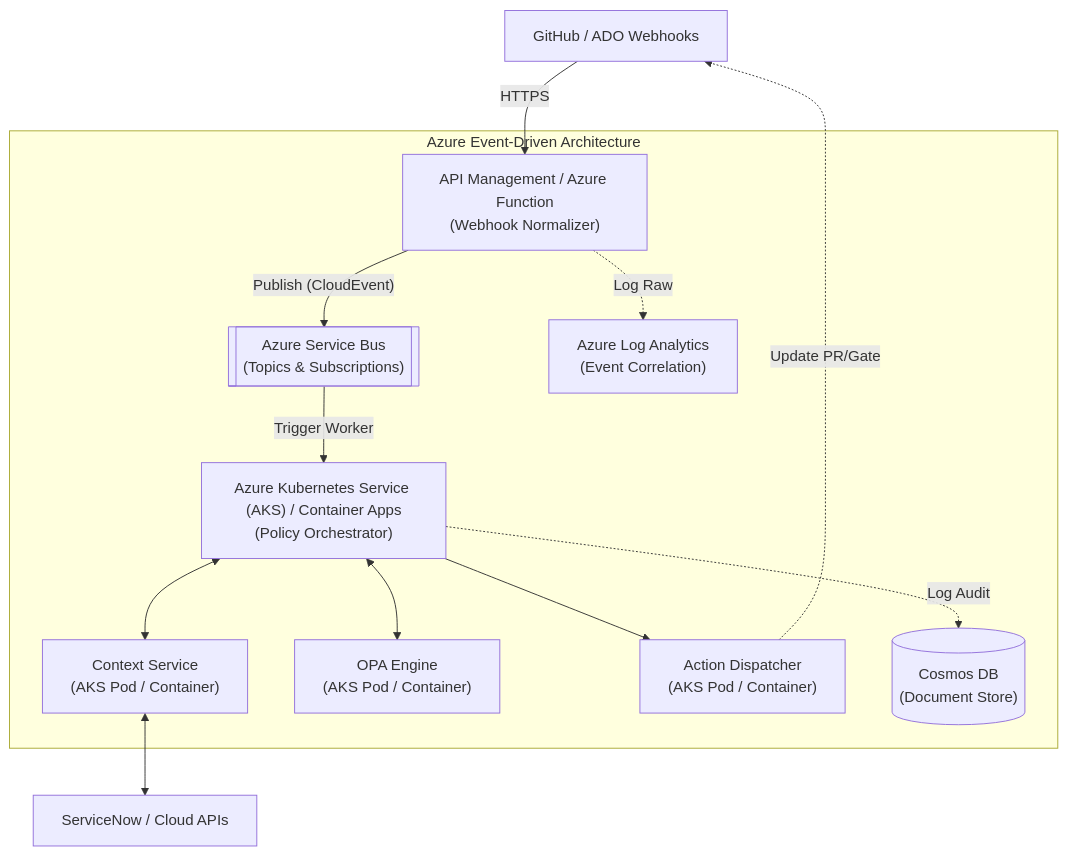
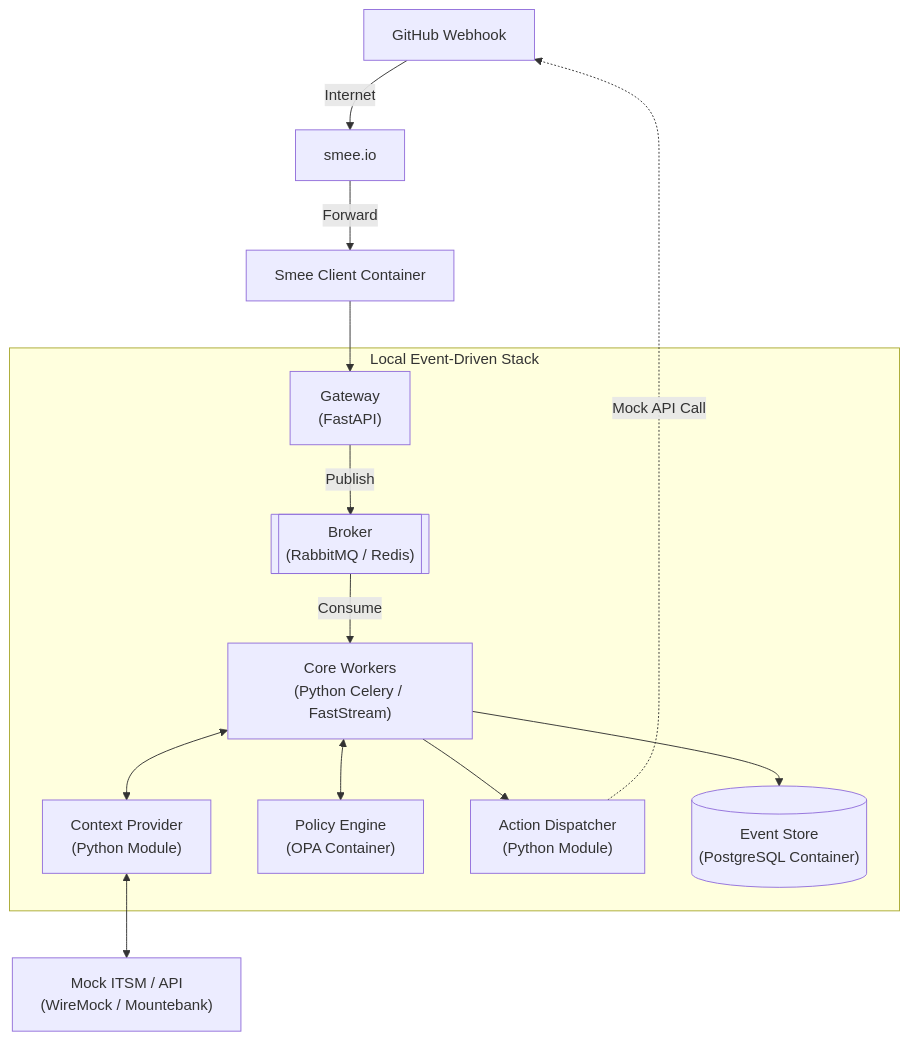
The fourth of 4 diagrams in docs/adr-initial-architecture.md (erasmo-dominguez-stuff/repol), drawn with Mermaid before and after one commit. The commit also changed other lines of this file, not shown here.

````diff
--- a/docs/adr-initial-architecture.md
+++ b/docs/adr-initial-architecture.md
@@ -161,32 +209,32 @@
 ```mermaid
 flowchart TD
-    GH["GitHub / ADO Webhooks"] -- "HTTPS" --> Gateway
+    GH["GitHub Webhook"] -- "Internet" --> Smee["smee.io"]
+    Smee -- "Forward" --> SmeeClient["Smee Client Container"]
 
-    subgraph Azure_Enterprise_Stack [Azure Event-Driven Architecture]
-        Gateway["API Management / Azure Function<br/>(Webhook Normalizer)"]
-        EventBus[["Azure Service Bus<br/>(Topics & Subscriptions)"]]
+    subgraph Local_Docker_Compose [Local Event-Driven Stack]
+        Gateway["Gateway<br/>(FastAPI)"]
+        EventBus[["Broker<br/>(RabbitMQ / Redis)"]]
         
-        Orchestrator["Azure Kubernetes Service (AKS) / Container Apps<br/>(Policy Orchestrator)"]
-        Context["Context Service<br/>(AKS Pod / Container)"]
-        Engine["OPA Engine<br/>(AKS Pod / Container)"]
-        Dispatcher["Action Dispatcher<br/>(AKS Pod / Container)"]
+        WorkerCore["Core Workers<br/>(Python Celery / FastStream)"]
+        Context["Context Provider<br/>(Python Module)"]
+        Engine["Policy Engine<br/>(OPA Container)"]
+        Dispatcher["Action Dispatcher<br/>(Python Module)"]
         
-        DB[("Cosmos DB<br/>(Document Store)")]
-        Analytics["Azure Log Analytics<br/>(Event Correlation)"]
+        DB[("Event Store<br/>(PostgreSQL Container)")]
     end
     
-    ExternalAPIs["ServiceNow / Cloud APIs"]
+    MockAPI["Mock ITSM / API<br/>(WireMock / Mountebank)"]
 
-    Gateway -- "Publish (CloudEvent)" --> EventBus
-    EventBus -- "Trigger Worker" --> Orchestrator
+    SmeeClient --> Gateway
+    Gateway -- "Publish" --> EventBus
+    EventBus -- "Consume" --> WorkerCore
     
-    Orchestrator <--> Context
-    Context <--> ExternalAPIs
+    WorkerCore <--> Context
+    Context <--> MockAPI
     
-    Orchestrator <--> Engine
-    Orchestrator --> Dispatcher
-    Dispatcher -. "Update PR/Gate" .-> GH
+    WorkerCore <--> Engine
+    WorkerCore --> Dispatcher
+    Dispatcher -. "Mock API Call" .-> GH
     
-    Gateway -. "Log Raw" .-> Analytics
-    Orchestrator -. "Log Audit" .-> DB
+    WorkerCore --> DB
 ```
````
